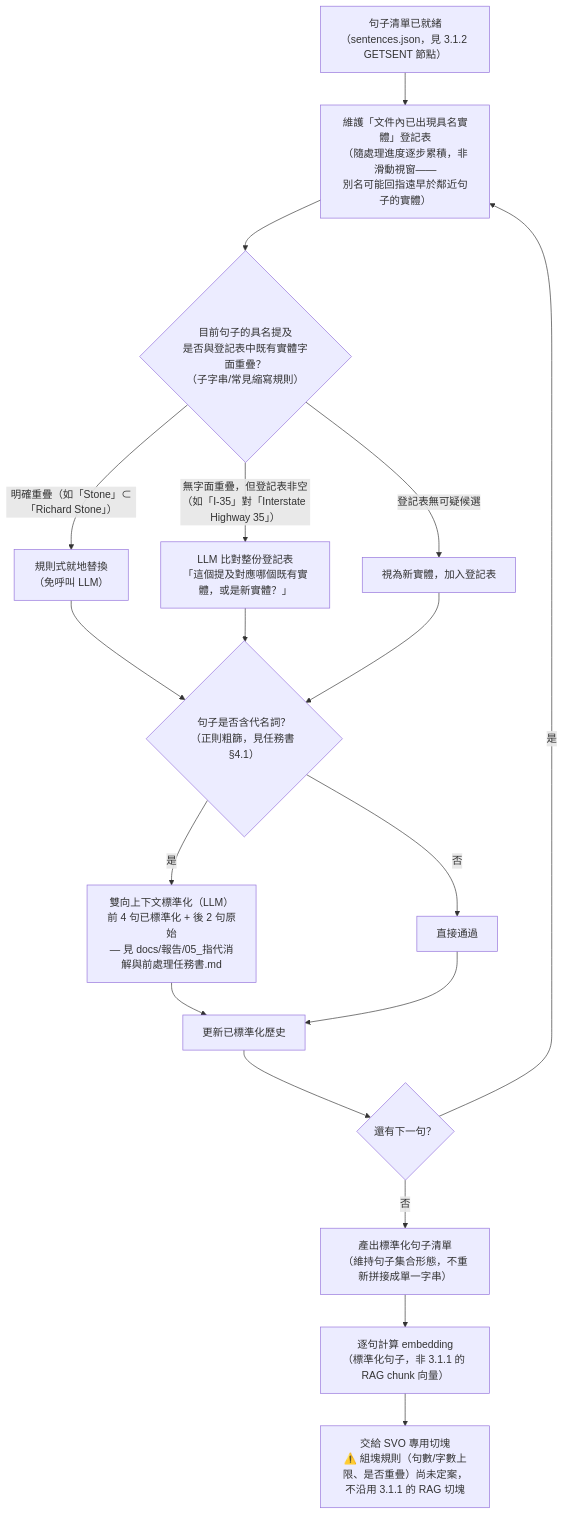
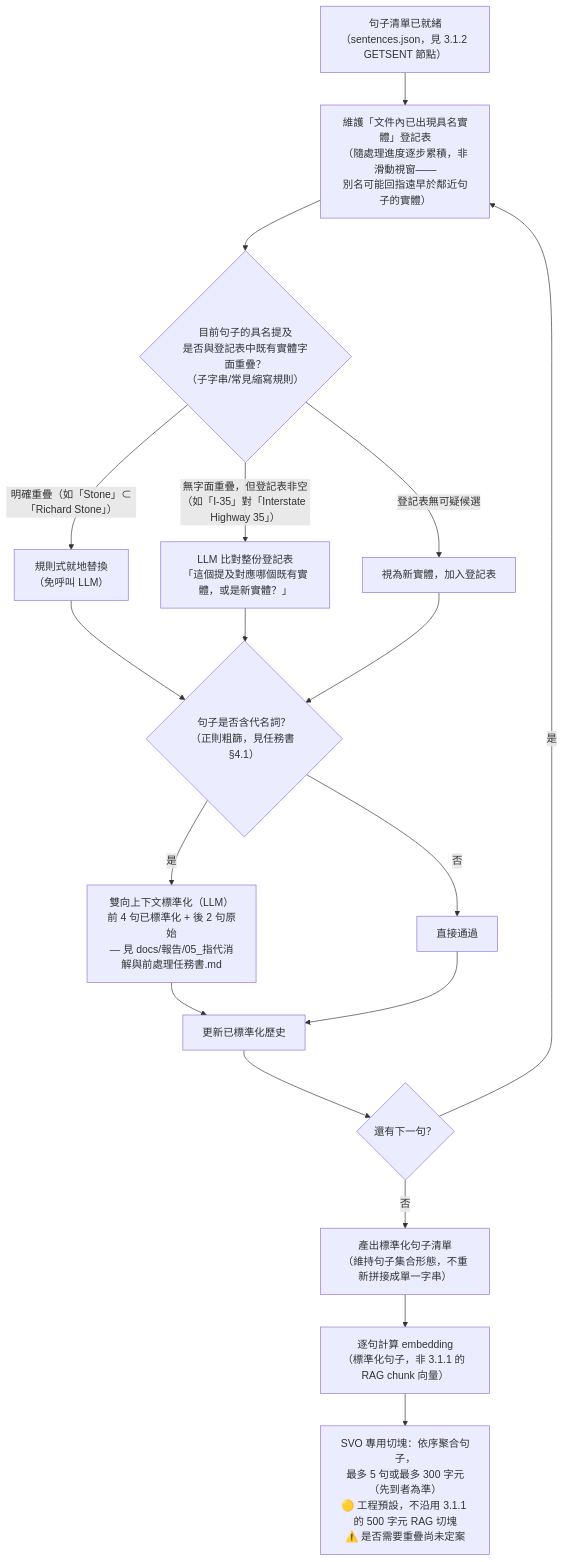
One commit to Chester930/world-knowledge-graph-rag changed the ninth of 12 diagrams in docs/論文/03_系統設計與方法論.md. Above: the diagram before and after it, drawn with Mermaid. The commit also changed other lines of this file and 1 other file, not shown here.

Commit message:
docs(論文): SVO 組塊上限暫定 5 句/300 字元，標記為工程預設待 3.4 後續討論調整
使用者同意先定一個組塊上限以便繼續討論，但明確表示這只是暫定——
3.4 節其餘討論（是否重疊、與 §b 跨文件別名消解的銜接）可能導致調整。

3.4 §a 的 SVOGROUP 節點與 06 任務書 §3.1 同步記錄：最多 5 句或最多
300 字元，先到者為準，沿用 sentence_aware_chunking() 既有的句數/
字數雙重上限手法。300 字元本身無直接文獻依據，是比 3.1.1 現行 500
字元 RAG 切塊更小的工程判斷，方向呼應已查證的 GraphRAG 附錄發現
（切塊越小抽取密度越高），但數值換算（token vs 中文字元）不精確，
僅供粗略參考，標記 🟡 工程預設，最終數值留給第五章消融實驗校準。

````diff
--- a/docs/論文/03_系統設計與方法論.md
+++ b/docs/論文/03_系統設計與方法論.md
@@ -324,25 +324,25 @@
 ```mermaid
 flowchart TD
     RAW["句子清單已就緒<br/>（sentences.json，見 3.1.2 GETSENT 節點）"] --> REGISTRY["維護「文件內已出現具名實體」登記表<br/>（隨處理進度逐步累積，非滑動視窗——<br/>別名可能回指遠早於鄰近句子的實體）"]
 
     REGISTRY --> ALIASCHECK{"目前句子的具名提及<br/>是否與登記表中既有實體字面重疊？<br/>（子字串/常見縮寫規則）"}
     ALIASCHECK -->|"明確重疊（如「Stone」⊂「Richard Stone」）"| ALIASRULE["規則式就地替換<br/>（免呼叫 LLM）"]
     ALIASCHECK -->|"無字面重疊，但登記表非空<br/>（如「I-35」對「Interstate Highway 35」）"| ALIASLLM["LLM 比對整份登記表<br/>「這個提及對應哪個既有實體，或是新實體？」"]
     ALIASCHECK -->|"登記表無可疑候選"| NEWENT["視為新實體，加入登記表"]
 
     ALIASRULE --> PRONCHECK
     ALIASLLM --> PRONCHECK
     NEWENT --> PRONCHECK
 
     PRONCHECK{"句子是否含代名詞？<br/>（正則粗篩，見任務書 §4.1）"}
     PRONCHECK -->|是| PRONLLM["雙向上下文標準化（LLM）<br/>前 4 句已標準化 + 後 2 句原始<br/>— 見 docs/報告/05_指代消解與前處理任務書.md"]
     PRONCHECK -->|否| BYPASS["直接通過"]
 
     PRONLLM --> UPDATE["更新已標準化歷史"]
     BYPASS --> UPDATE
     UPDATE --> NEXT2{"還有下一句？"}
     NEXT2 -->|是| REGISTRY
     NEXT2 -->|否| STDSENTS["產出標準化句子清單<br/>（維持句子集合形態，不重新拼接成單一字串）"]
     STDSENTS --> SENTEMBED["逐句計算 embedding<br/>（標準化句子，非 3.1.1 的 RAG chunk 向量）"]
-    SENTEMBED --> SVOGROUP["交給 SVO 專用切塊<br/>⚠️ 組塊規則（句數/字數上限、是否重疊）尚未定案，不沿用 3.1.1 的 RAG 切塊"]
+    SENTEMBED --> SVOGROUP["SVO 專用切塊：依序聚合句子，<br/>最多 5 句或最多 300 字元（先到者為準）<br/>🟡 工程預設，不沿用 3.1.1 的 500 字元 RAG 切塊<br/>⚠️ 是否需要重疊尚未定案"]
 ```
````
